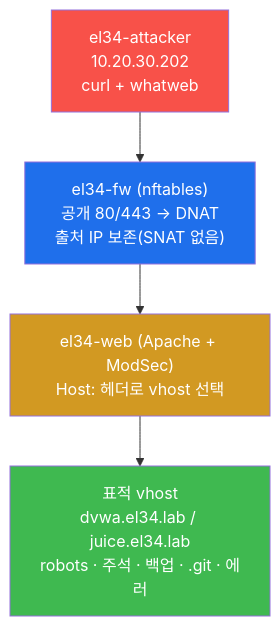
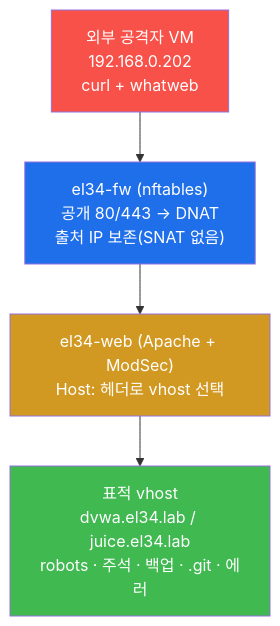
Before and after one commit to mrgrit/tw2: the fourth of 7 diagrams in contents/training/web-vuln/lecture_week03.md, drawn with Mermaid. The commit also changed other lines of this file and 304 other files, not shown here.

````diff
--- a/contents/training/web-vuln/lecture_week03.md
+++ b/contents/training/web-vuln/lecture_week03.md
@@ -198,12 +198,12 @@
 ```mermaid
 graph TD
-    ATK["el34-attacker<br/>10.20.30.202<br/>curl + whatweb"]
+    ATK["외부 공격자 VM<br/>192.168.0.202<br/>curl + whatweb"]
     FW["el34-fw (nftables)<br/>공개 80/443 → DNAT<br/>출처 IP 보존(SNAT 없음)"]
     WEB["el34-web (Apache + ModSec)<br/>Host: 헤더로 vhost 선택"]
     TARGET["표적 vhost<br/>dvwa.el34.lab / juice.el34.lab<br/>robots · 주석 · 백업 · .git · 에러"]
     ATK --> FW --> WEB --> TARGET
     style ATK fill:#f85149,color:#fff
     style FW fill:#1f6feb,color:#fff
     style WEB fill:#d29922,color:#fff
     style TARGET fill:#3fb950,color:#fff
 ```
````
